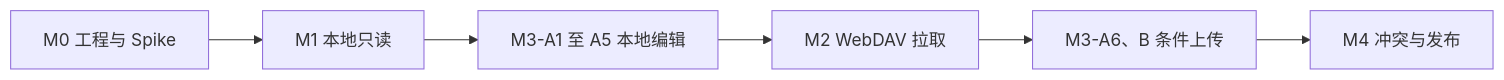
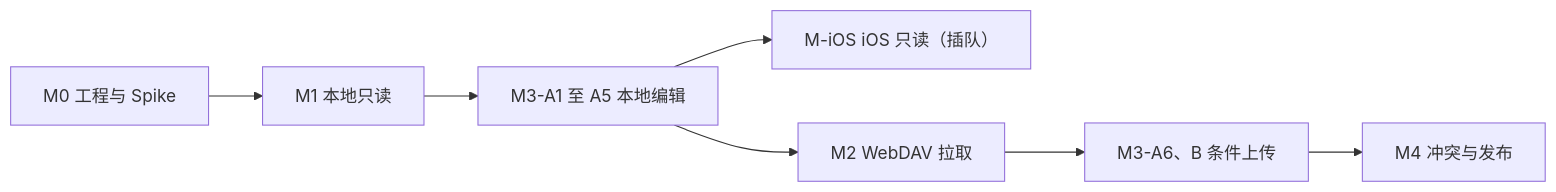
Before and after one commit to nis3638/bearobs: the diagram in docs/04-development-plan.md, drawn with Mermaid. The commit also changed other lines of this file and 37 other files, not shown here.

````diff
--- a/docs/04-development-plan.md
+++ b/docs/04-development-plan.md
@@ -474,8 +537,9 @@
 ```mermaid
 flowchart LR
     M0["M0 工程与 Spike"] --> M1["M1 本地只读"]
     M1 --> M3A["M3-A1 至 A5 本地编辑"]
+    M3A --> MIOS["M-iOS iOS 只读（插队）"]
     M3A --> M2["M2 WebDAV 拉取"]
     M2 --> M3B["M3-A6、B 条件上传"]
     M3B --> M4["M4 冲突与发布"]
 ```
````
